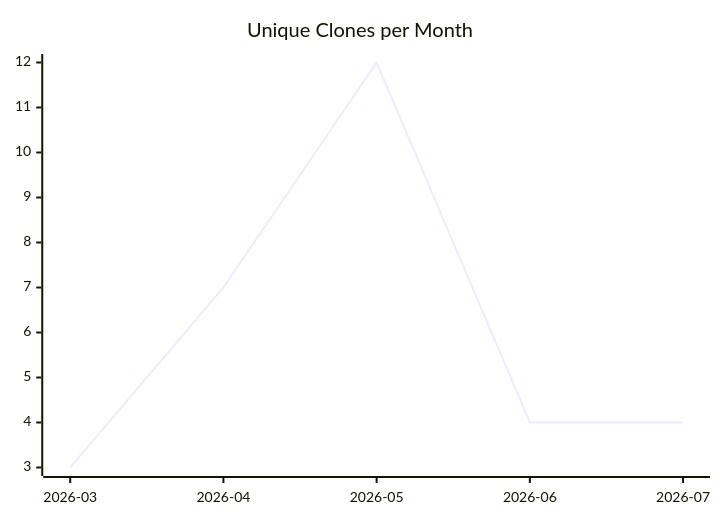
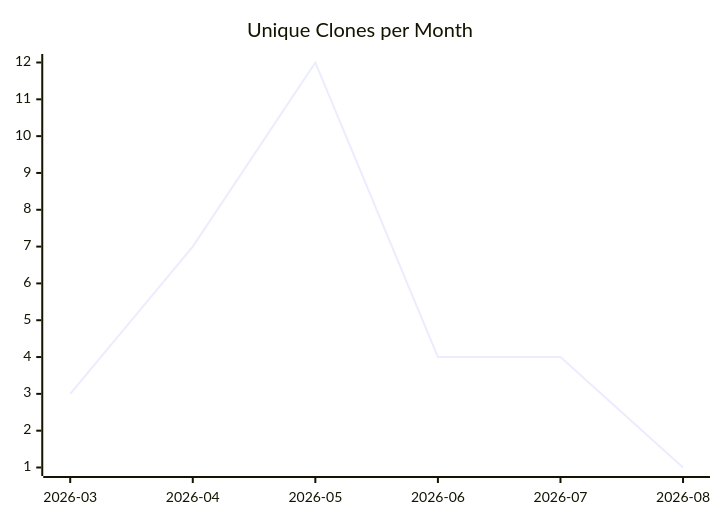
Before and after one commit to justdavis-family/github-analytics-data: the third of 3 diagrams in karlmdavis/perfect-note/README.md, drawn with Mermaid. The commit also changed other lines of this file and 180 other files, not shown here.

````diff
--- a/karlmdavis/perfect-note/README.md
+++ b/karlmdavis/perfect-note/README.md
@@ -19,6 +19,6 @@
 ```mermaid
 xychart-beta
   title "Unique Clones per Month"
-  x-axis ["2026-03", "2026-04", "2026-05", "2026-06", "2026-07"]
-  line [3, 7, 12, 4, 4]
+  x-axis ["2026-03", "2026-04", "2026-05", "2026-06", "2026-07", "2026-08"]
+  line [3, 7, 12, 4, 4, 1]
 ```
````
